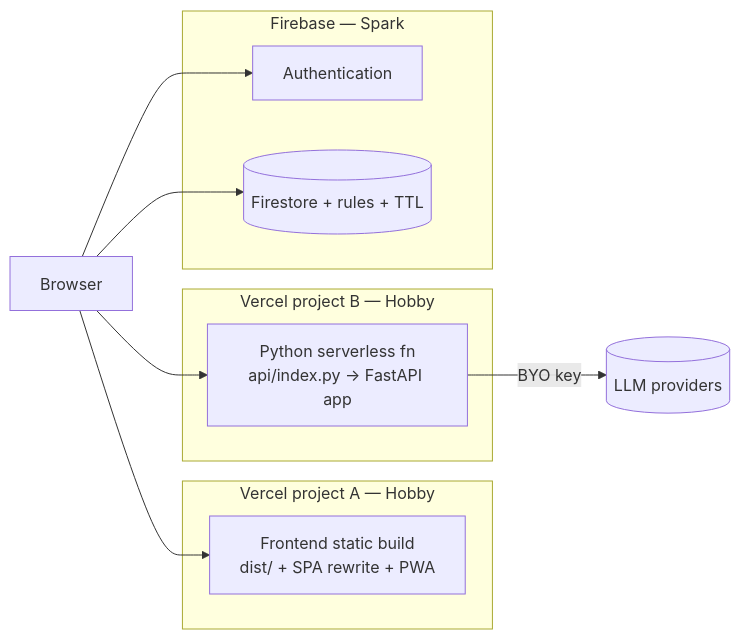
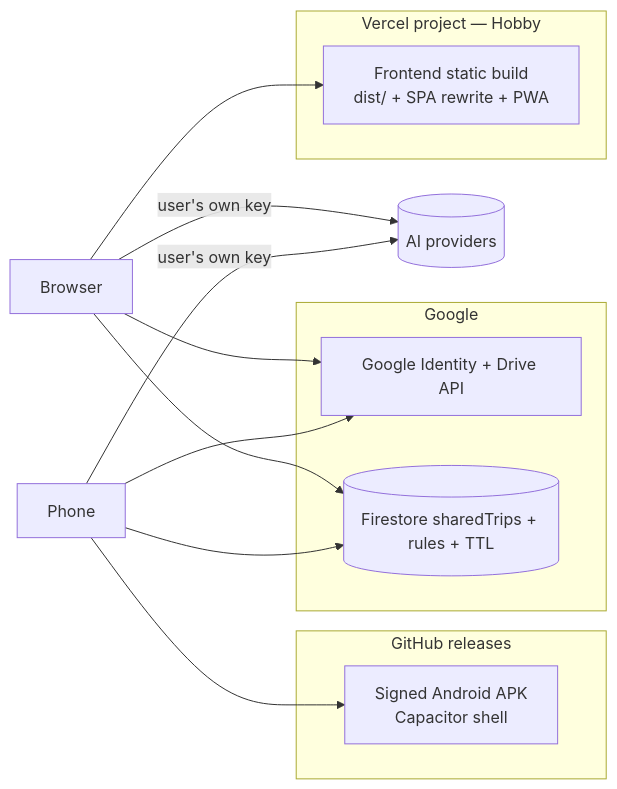
Before and after one commit to joka-7/AppMyTrip: the fifth of 5 diagrams in docs/HLD.md, drawn with Mermaid. The commit also changed other lines of this file and 170 other files, not shown here.

First line of the commit message:
feat!: keep trips on the device and in the user's Drive, add an Android app (#155)

````diff
--- a/docs/HLD.md
+++ b/docs/HLD.md
@@ -351,19 +344,19 @@
 ```mermaid
 flowchart LR
-    subgraph vercel1 [Vercel project A — Hobby]
+    subgraph vercel1 [Vercel project — Hobby]
         FEbuild[Frontend static build\n dist/ + SPA rewrite + PWA]
     end
-    subgraph vercel2 [Vercel project B — Hobby]
-        Fn[Python serverless fn\napi/index.py -> FastAPI app]
+    subgraph gh [GitHub releases]
+        APK[Signed Android APK\nCapacitor shell]
     end
-    subgraph fb [Firebase — Spark]
-        AuthD[Authentication]
-        FSD[(Firestore + rules + TTL)]
+    subgraph g [Google]
+        AuthD[Google Identity + Drive API]
+        FSD[(Firestore sharedTrips + rules + TTL)]
     end
 
     Browser --> FEbuild
-    Browser --> Fn
-    Browser --> AuthD
-    Browser --> FSD
-    Fn -->|BYO key| LLMs[(LLM providers)]
+    Phone --> APK
+    Browser & Phone --> AuthD
+    Browser & Phone --> FSD
+    Browser & Phone -->|user's own key| LLMs[(AI providers)]
 ```
````
